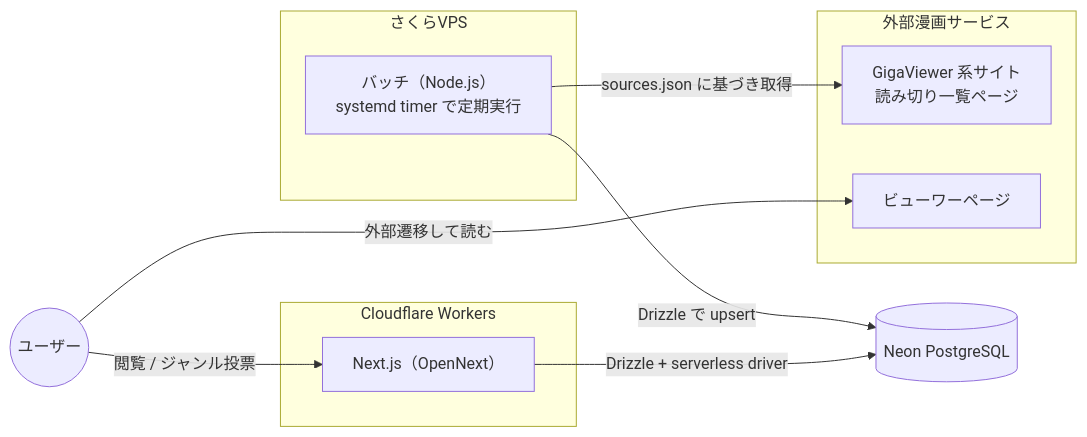
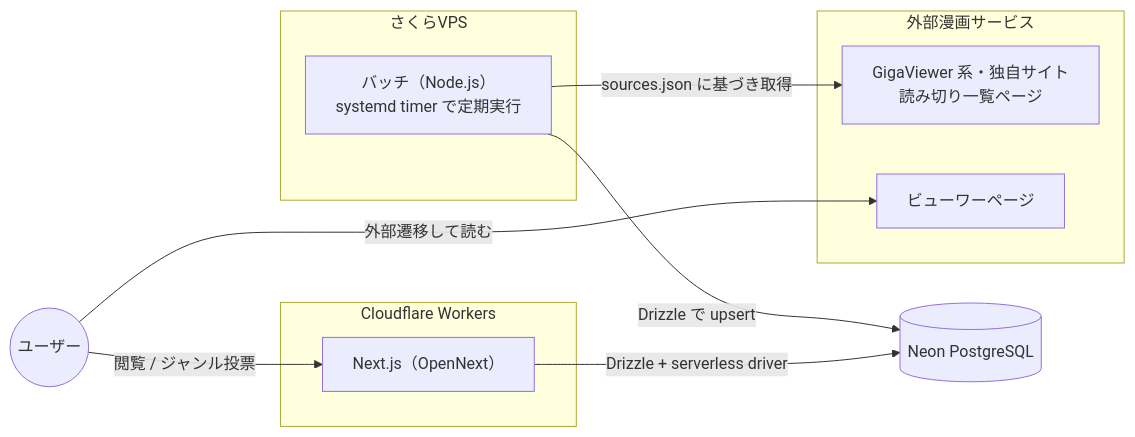
Before and after one commit to cateiru/yomikiri-manga-database: the diagram in docs/001_plan.md, drawn with Mermaid. The commit also changed other lines of this file and 1 other file, not shown here.

````diff
--- a/docs/001_plan.md
+++ b/docs/001_plan.md
@@ -38,24 +39,24 @@
 ```mermaid
 flowchart LR
     subgraph sakura[さくらVPS]
         batch[バッチ（Node.js）<br>systemd timer で定期実行]
     end
 
     subgraph external[外部漫画サービス]
-        giga[GigaViewer 系サイト<br>読み切り一覧ページ]
+        giga[GigaViewer 系・独自サイト<br>読み切り一覧ページ]
         viewer[ビューワーページ]
     end
 
     subgraph cf[Cloudflare Workers]
         web[Next.js（OpenNext）]
     end
 
     neon[(Neon PostgreSQL)]
     user((ユーザー))
 
     batch -- "sources.json に基づき取得" --> giga
     batch -- "Drizzle で upsert" --> neon
     web -- "Drizzle + serverless driver" --> neon
     user -- 閲覧 / ジャンル投票 --> web
     user -- 外部遷移して読む --> viewer
 ```
````
